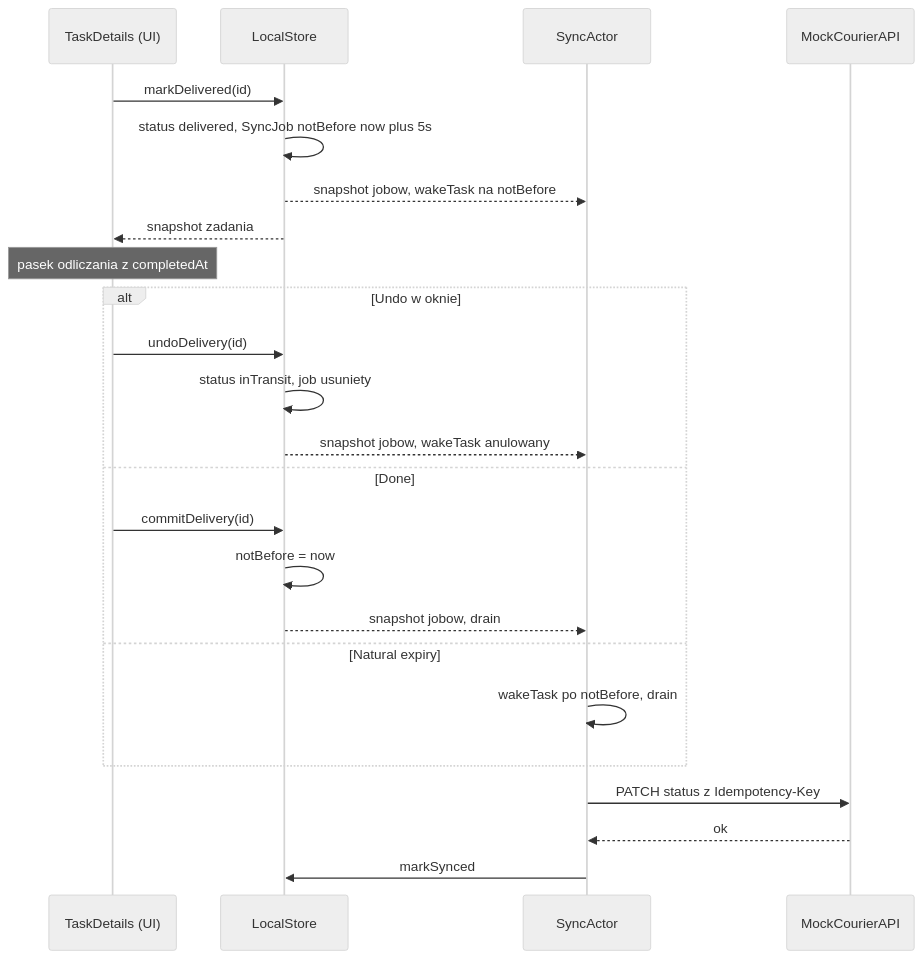
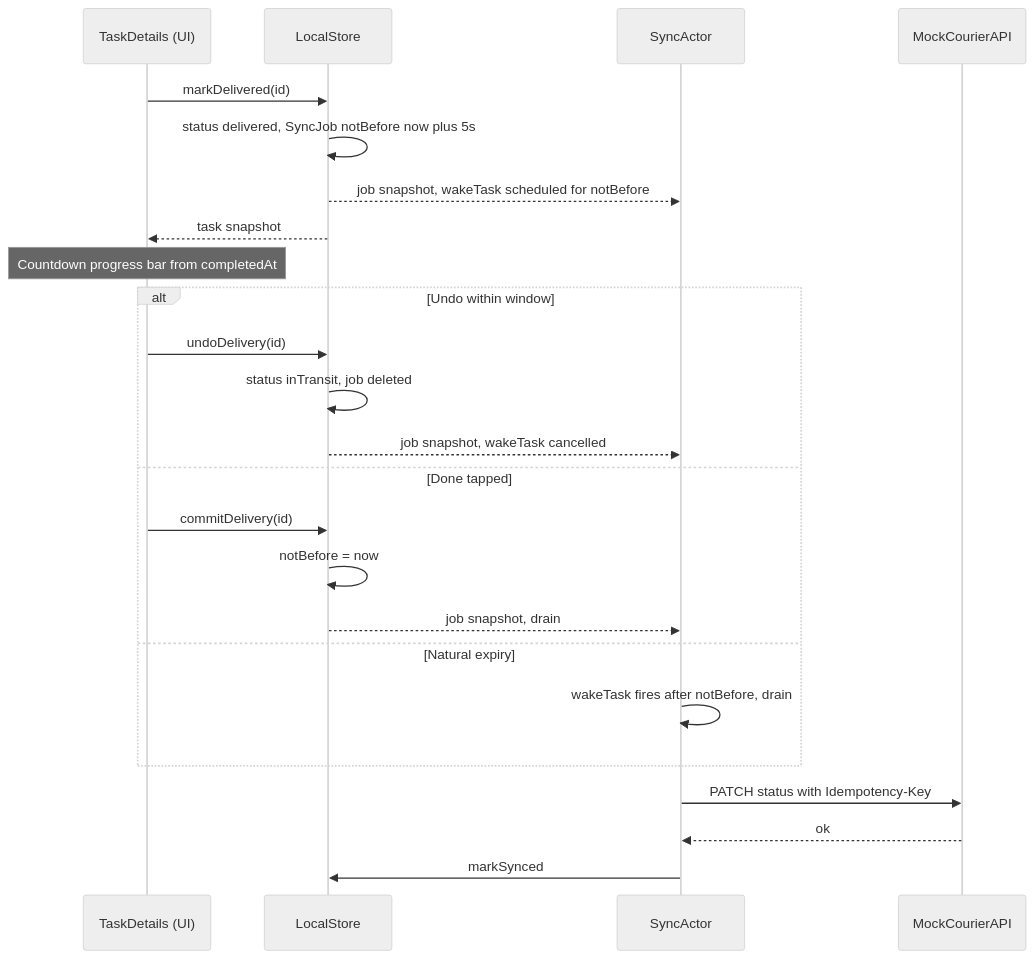
The second of 2 diagrams in Docs/implementationPlan.md (kamilgomolka/demo-courier-app), drawn with Mermaid (neutral theme) before and after one commit. The commit also changed other lines of this file, not shown here.

````diff
--- a/Docs/implementationPlan.md
+++ b/Docs/implementationPlan.md
@@ -217,27 +217,27 @@
 ```mermaid
 sequenceDiagram
     participant UI as TaskDetails (UI)
     participant Store as LocalStore
     participant Sync as SyncActor
     participant API as MockCourierAPI
 
     UI->>Store: markDelivered(id)
     Store->>Store: status delivered, SyncJob notBefore now plus 5s
-    Store-->>Sync: snapshot jobow, wakeTask na notBefore
-    Store-->>UI: snapshot zadania
-    Note over UI: pasek odliczania z completedAt
-    alt Undo w oknie
+    Store-->>Sync: job snapshot, wakeTask scheduled for notBefore
+    Store-->>UI: task snapshot
+    Note over UI: Countdown progress bar from completedAt
+    alt Undo within window
         UI->>Store: undoDelivery(id)
-        Store->>Store: status inTransit, job usuniety
-        Store-->>Sync: snapshot jobow, wakeTask anulowany
-    else Done
+        Store->>Store: status inTransit, job deleted
+        Store-->>Sync: job snapshot, wakeTask cancelled
+    else Done tapped
         UI->>Store: commitDelivery(id)
         Store->>Store: notBefore = now
-        Store-->>Sync: snapshot jobow, drain
+        Store-->>Sync: job snapshot, drain
     else Natural expiry
-        Sync->>Sync: wakeTask po notBefore, drain
+        Sync->>Sync: wakeTask fires after notBefore, drain
     end
-    Sync->>API: PATCH status z Idempotency-Key
+    Sync->>API: PATCH status with Idempotency-Key
     API-->>Sync: ok
     Sync->>Store: markSynced
 ```
````
